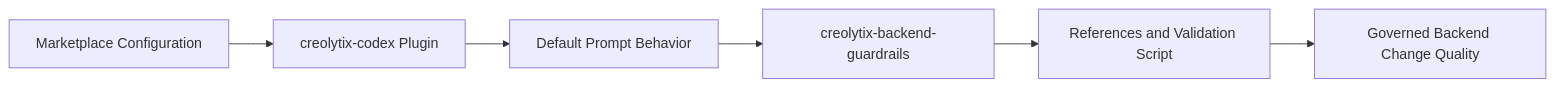
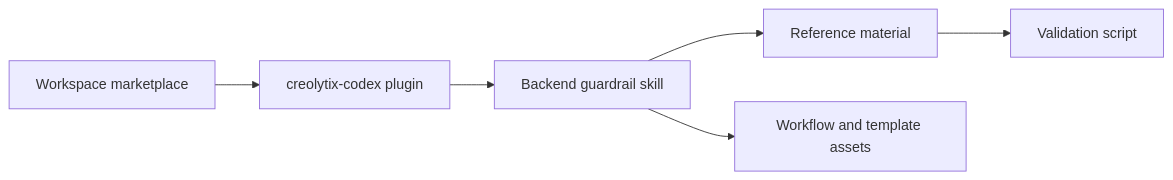
One commit to refat-asadullah-creolytix-dev/refat-asadullah-creolytix-dev changed the ninth of 12 diagrams in creolytix-ai-delivery-operating-model.md. Above: the diagram before and after it, drawn with Mermaid. The commit also changed other lines of this file, not shown here.

````diff
--- a/creolytix-ai-delivery-operating-model.md
+++ b/creolytix-ai-delivery-operating-model.md
@@ -396,8 +261,12 @@
 ```mermaid
 flowchart LR
-    A[Marketplace Configuration] --> B[creolytix-codex Plugin]
-    B --> C[Default Prompt Behavior]
-    C --> D[creolytix-backend-guardrails]
-    D --> E[References and Validation Script]
-    E --> F[Governed Backend Change Quality]
+    A[Workspace marketplace]
+    B[creolytix-codex plugin]
+    C[Backend guardrail skill]
+    D[Reference material]
+    E[Validation script]
+    F[Workflow and template assets]
+
+    A --> B --> C --> D --> E
+    C --> F
 ```
````
